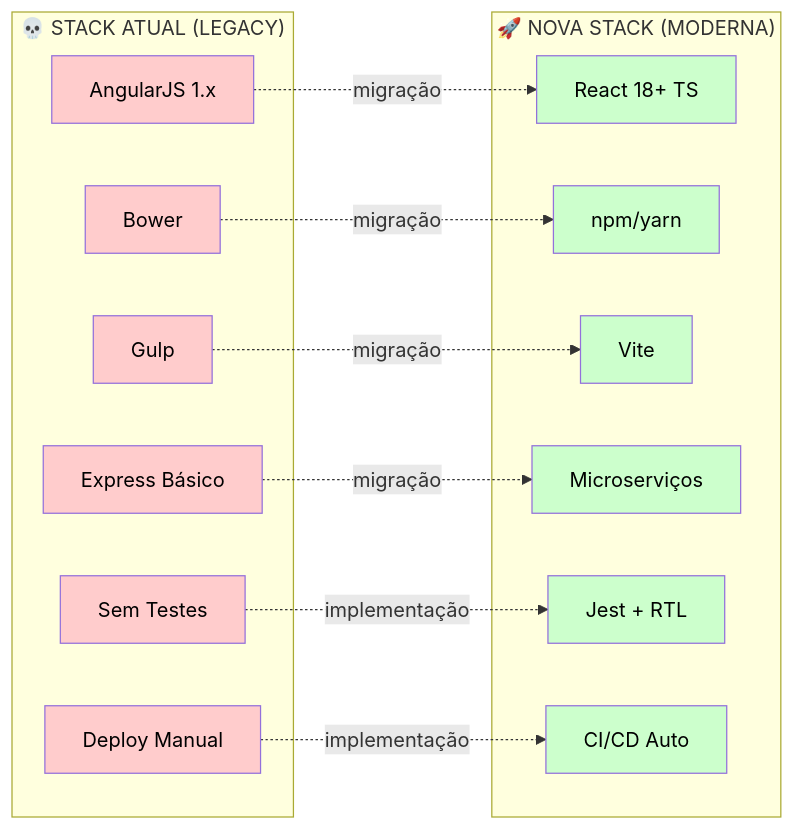
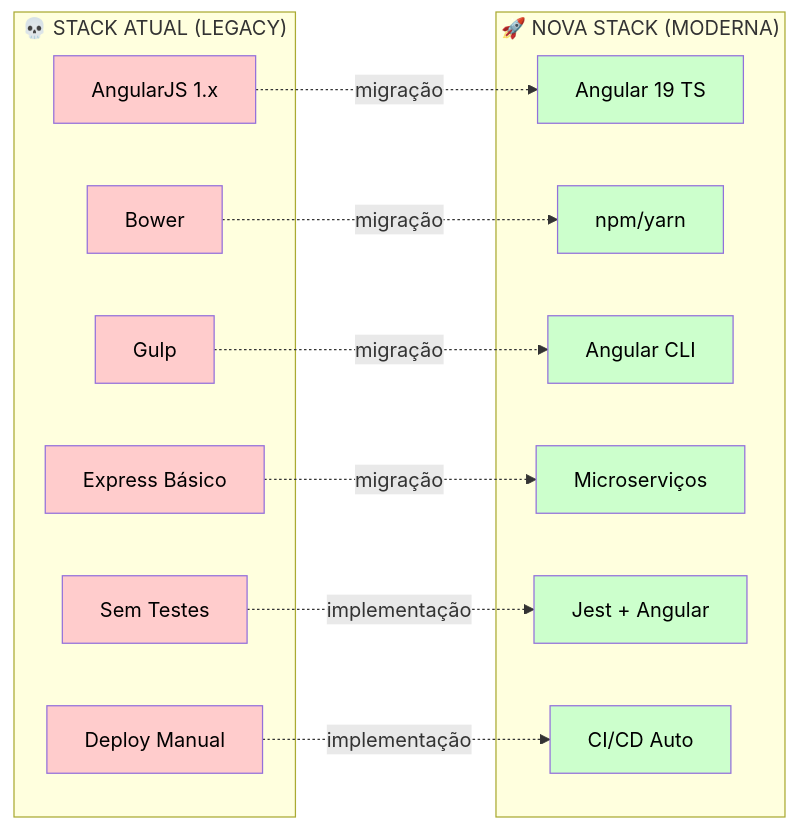
One commit to EduPereiraAlest/FocusTextil changed the third of 4 diagrams in README.md. Above: the diagram before and after it, drawn with Mermaid. The commit also changed other lines of this file and 56 other files, not shown here.

Commit message:
refactor: migrate frontend from React to Angular architecture

````diff
--- a/README.md
+++ b/README.md
@@ -233,40 +233,40 @@
 ```mermaid
 graph LR
 subgraph "💀 STACK ATUAL (LEGACY)"
 A1["AngularJS 1.x"]
 B1["Bower"]
 C1["Gulp"]
 D1["Express Básico"]
 E1["Sem Testes"]
 F1["Deploy Manual"]
 end
 
 subgraph "🚀 NOVA STACK (MODERNA)"
-A2["React 18+ TS"]
+A2["Angular 19 TS"]
 B2["npm/yarn"]
-C2["Vite"]
+C2["Angular CLI"]
 D2["Microserviços"]
-E2["Jest + RTL"]
+E2["Jest + Angular"]
 F2["CI/CD Auto"]
 end
 
 A1 -.->|migração| A2
 B1 -.->|migração| B2
 C1 -.->|migração| C2
 D1 -.->|migração| D2
 E1 -.->|implementação| E2
 F1 -.->|implementação| F2
 
 style A1 fill:#ffcccc,color:#000000
 style B1 fill:#ffcccc,color:#000000
 style C1 fill:#ffcccc,color:#000000
 style D1 fill:#ffcccc,color:#000000
 style E1 fill:#ffcccc,color:#000000
 style F1 fill:#ffcccc,color:#000000
 style A2 fill:#ccffcc,color:#000000
 style B2 fill:#ccffcc,color:#000000
 style C2 fill:#ccffcc,color:#000000
 style D2 fill:#ccffcc,color:#000000
 style E2 fill:#ccffcc,color:#000000
 style F2 fill:#ccffcc,color:#000000
 ```
````
